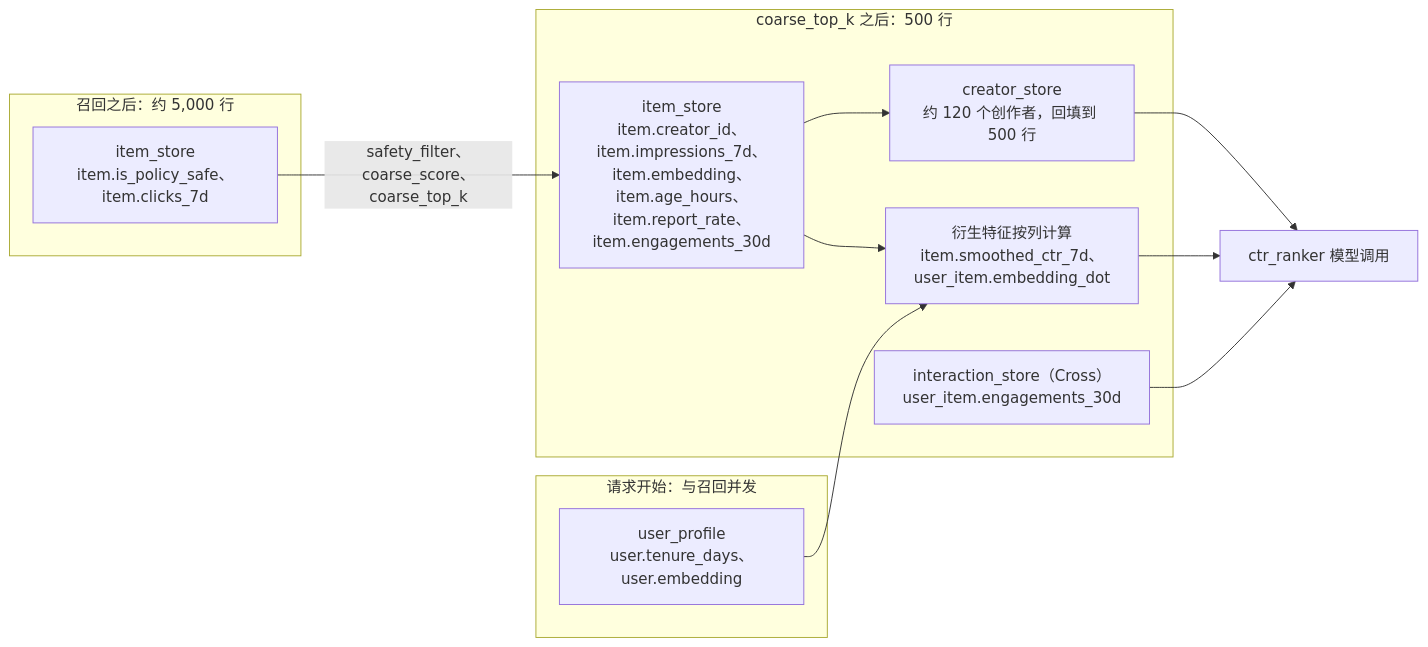
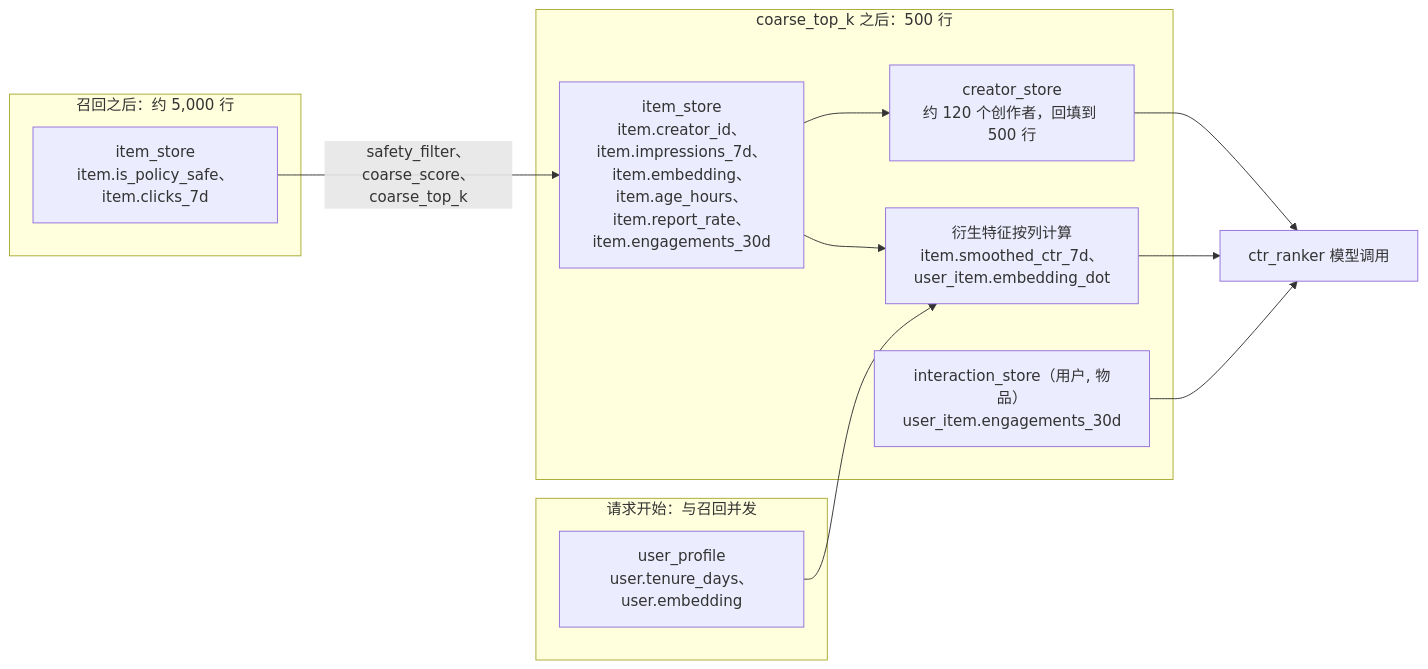
The third of 7 diagrams in docs/design.md (WAcry/StrataRec), drawn with Mermaid before and after one commit. The commit also changed other lines of this file and 1 other file, not shown here.

````diff
--- a/docs/design.md
+++ b/docs/design.md
@@ -966,23 +961,23 @@
 ```mermaid
 flowchart LR
     subgraph P0["请求开始：与召回并发"]
         U["user_profile<br/>user.tenure_days、user.embedding"]
     end
     subgraph P1["召回之后：约 5,000 行"]
         I1["item_store<br/>item.is_policy_safe、item.clicks_7d"]
     end
     subgraph P2["coarse_top_k 之后：500 行"]
         I2["item_store<br/>item.creator_id、item.impressions_7d、item.embedding、<br/>item.age_hours、item.report_rate、item.engagements_30d"]
-        X["interaction_store（Cross）<br/>user_item.engagements_30d"]
+        X["interaction_store（用户, 物品）<br/>user_item.engagements_30d"]
         C["creator_store<br/>约 120 个创作者，回填到 500 行"]
         D["衍生特征按列计算<br/>item.smoothed_ctr_7d、user_item.embedding_dot"]
     end
     M["ctr_ranker 模型调用"]
     I1 -- "safety_filter、coarse_score、coarse_top_k" --> I2
     I2 --> C
     I2 --> D
     U --> D
     C --> M
     D --> M
     X --> M
 ```
````
